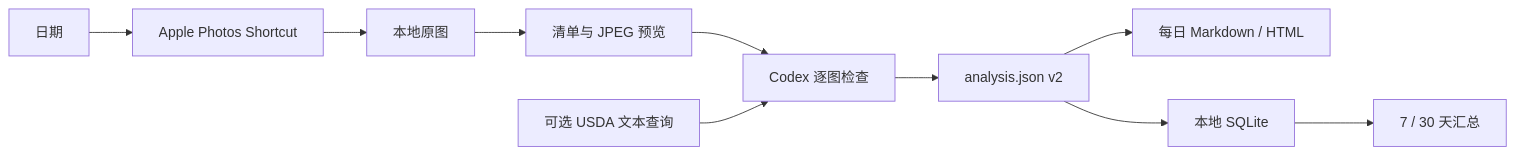
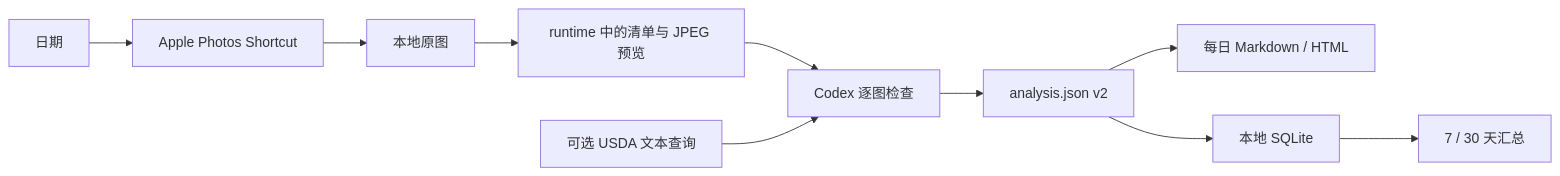
Before and after one commit to imathwy/health: the diagram in README.md, drawn with Mermaid. The commit also changed other lines of this file and 16 other files, not shown here.

````diff
--- a/README.md
+++ b/README.md
@@ -5,12 +5,12 @@
 ```mermaid
 flowchart LR
     A[日期] --> B[Apple Photos Shortcut]
     B --> C[本地原图]
-    C --> D[清单与 JPEG 预览]
+    C --> D[runtime 中的清单与 JPEG 预览]
     D --> E[Codex 逐图检查]
     U[可选 USDA 文本查询] --> E
     E --> F[analysis.json v2]
     F --> G[每日 Markdown / HTML]
     F --> H[本地 SQLite]
     H --> I[7 / 30 天汇总]
 ```
````
